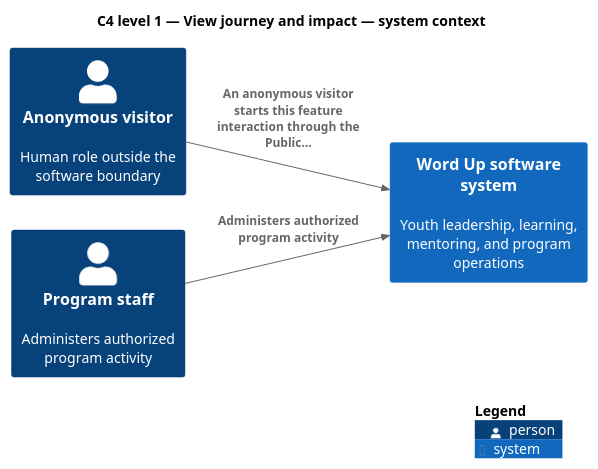
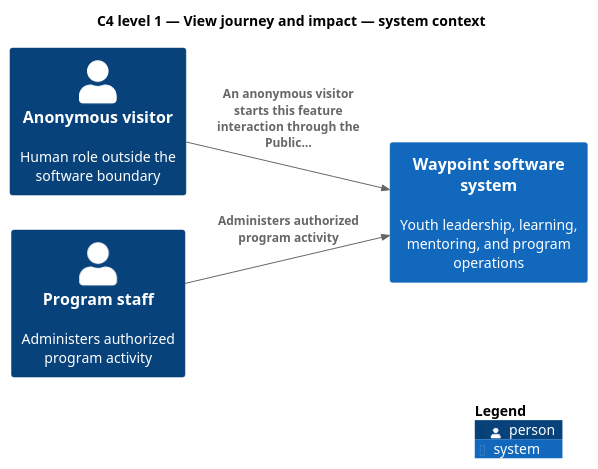
The diagram in docs/detailed-designs/public-site/view-journey-and-impact/diagrams/c4-system-context.puml (QuinntyneBrown/waypoint), drawn with PlantUML before and after one commit. The commit also changed 3610 other files, not shown here.

First line of the commit message:
Rename Word Up to Waypoint across the whole repository

```diff
--- a/docs/detailed-designs/public-site/view-journey-and-impact/diagrams/c4-system-context.puml
+++ b/docs/detailed-designs/public-site/view-journey-and-impact/diagrams/c4-system-context.puml
@@ -1,13 +1,13 @@
 @startuml
 !include <C4/C4_Component>
 LAYOUT_LEFT_RIGHT()
 title C4 level 1 — View journey and impact — system context
 Person(primary, "Anonymous visitor", "Human role outside the software boundary")
 Person(staff, "Program staff", "Administers authorized program activity")
-System(wordup, "Word Up software system", "Youth leadership, learning, mentoring, and program operations")
+System(waypoint, "Waypoint software system", "Youth leadership, learning, mentoring, and program operations")
 
-Rel(primary, wordup, "An anonymous visitor starts this feature interaction through the Public…")
-Rel(staff, wordup, "Administers authorized program activity")
+Rel(primary, waypoint, "An anonymous visitor starts this feature interaction through the Public…")
+Rel(staff, waypoint, "Administers authorized program activity")
 
 SHOW_LEGEND()
 @enduml
```
